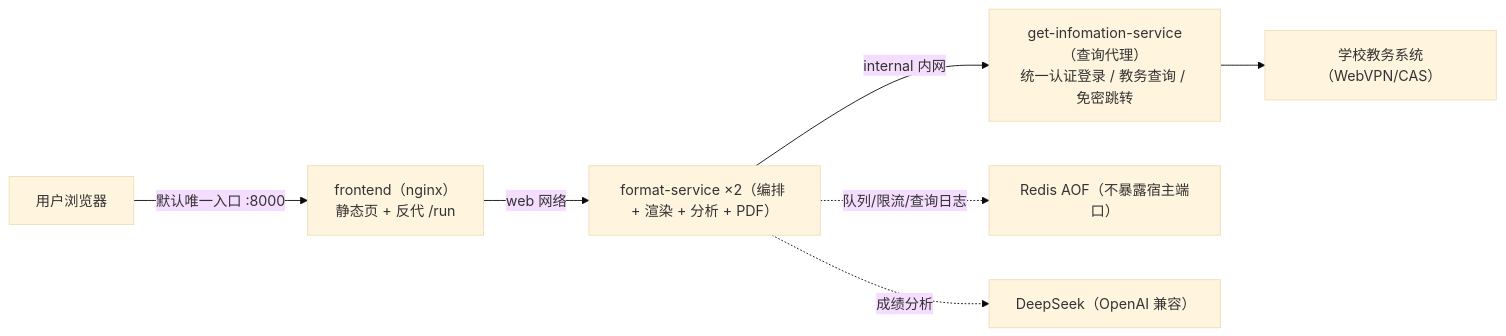
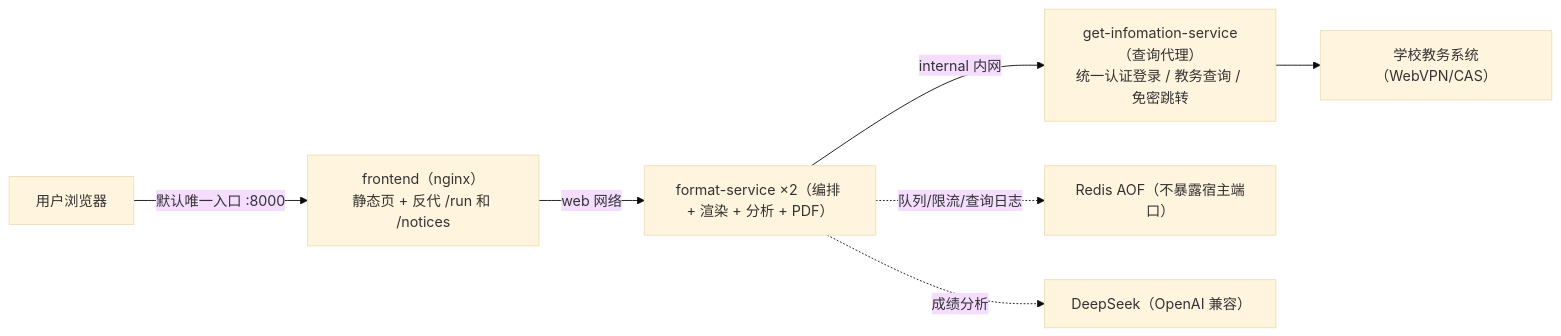
The diagram in README.md (Lzf07123/Stpt-Query), drawn with Mermaid (base theme) before and after one commit. The commit also changed other lines of this file and 18 other files, not shown here.

````diff
--- a/README.md
+++ b/README.md
@@ -63,9 +63,9 @@
 ```mermaid
 flowchart LR
-    U[用户浏览器] -->|默认唯一入口 :8000| F["frontend（nginx）<br/>静态页 + 反代 /run"]
+    U[用户浏览器] -->|默认唯一入口 :8000| F["frontend（nginx）<br/>静态页 + 反代 /run 和 /notices"]
     F -->|web 网络| S["format-service ×2（编排 + 渲染 + 分析 + PDF）"]
     S -->|internal 内网| G["get-infomation-service（查询代理）<br/>统一认证登录 / 教务查询 / 免密跳转"]
     S -.队列/限流/查询日志.-> R["Redis AOF（不暴露宿主端口）"]
     S -.成绩分析.-> L["DeepSeek（OpenAI 兼容）"]
     G --> U2["学校教务系统（WebVPN/CAS）"]
 ```
````
